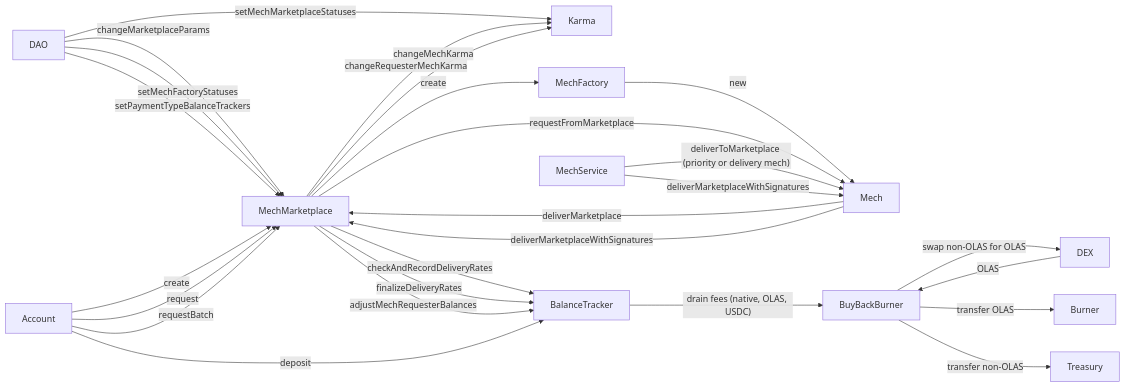
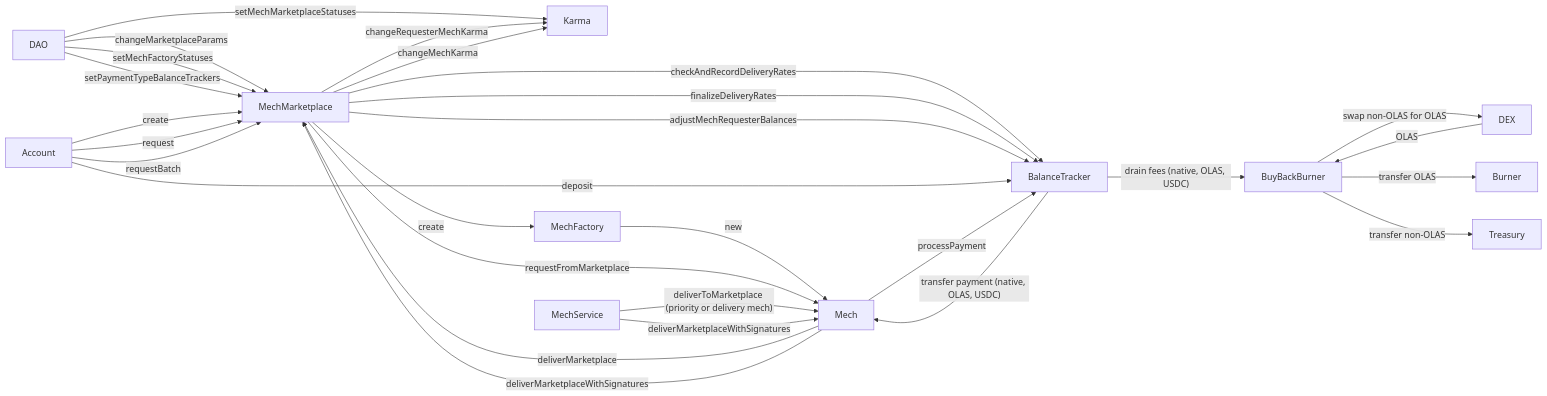
Before and after one commit to valory-xyz/autonolas-marketplace: the diagram in README.md, drawn with Mermaid.

Commit message:
doc: update workflow diagram

````diff
--- a/README.md
+++ b/README.md
@@ -91,27 +91,29 @@
 ```mermaid
 flowchart LR
     DAO -- changeMarketplaceParams --> MechMarketplace
     DAO -- setMechFactoryStatuses --> MechMarketplace
     DAO -- setPaymentTypeBalanceTrackers --> MechMarketplace
     DAO -- setMechMarketplaceStatuses --> Karma
     Account -- create --> MechMarketplace
     Account -- request --> MechMarketplace
     Account -- requestBatch --> MechMarketplace
     MechMarketplace -- create --> MechFactory
     MechFactory -- new --> Mech
     MechMarketplace -- requestFromMarketplace --> Mech
     MechMarketplace -- changeRequesterMechKarma --> Karma
     MechMarketplace -- changeMechKarma --> Karma
     MechService -- deliverToMarketplace (priority or delivery mech) --> Mech
     MechService -- deliverMarketplaceWithSignatures --> Mech
     Mech -- deliverMarketplace --> MechMarketplace
     Mech -- deliverMarketplaceWithSignatures --> MechMarketplace
     MechMarketplace -- checkAndRecordDeliveryRates --> BalanceTracker
     MechMarketplace -- finalizeDeliveryRates --> BalanceTracker
     MechMarketplace -- adjustMechRequesterBalances --> BalanceTracker
     BalanceTracker -- drain fees (native, OLAS, USDC) --> BuyBackBurner
     Account -- deposit --> BalanceTracker
     BuyBackBurner -- swap non-OLAS for OLAS --> DEX -- OLAS --> BuyBackBurner
     BuyBackBurner -- transfer OLAS --> Burner
     BuyBackBurner -- transfer non-OLAS --> Treasury
+    Mech -- processPayment --> BalanceTracker
+    BalanceTracker -- transfer payment (native, OLAS, USDC) --> Mech
 ```
````
